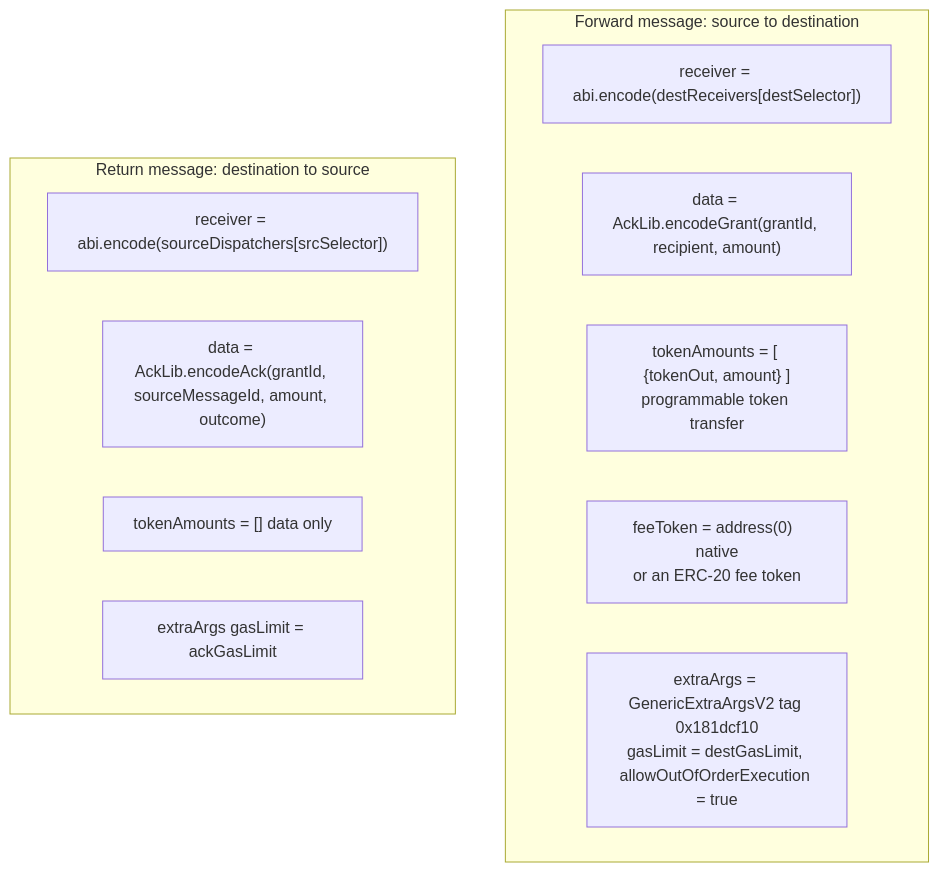
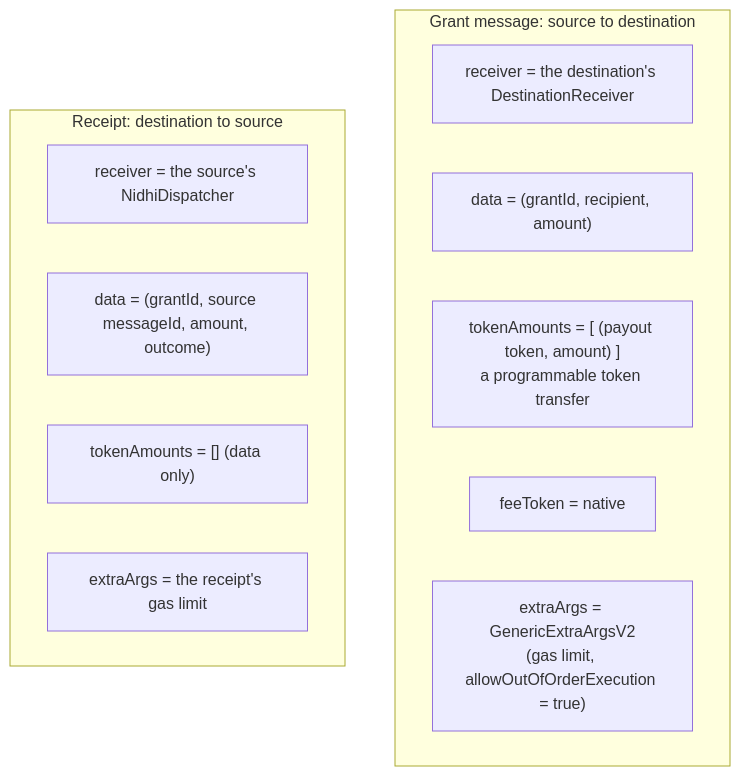
Before and after one commit to neevmodh/nidhi: the third of 10 diagrams in docs/architecture/03-chainlink-ccip.md, drawn with Mermaid. The commit also changed other lines of this file and 5 other files, not shown here.

````diff
--- a/docs/architecture/03-chainlink-ccip.md
+++ b/docs/architecture/03-chainlink-ccip.md
@@ -80,16 +87,16 @@
 ```mermaid
 flowchart TB
-  subgraph FWD["Forward message: source to destination"]
-    F1["receiver = abi.encode(destReceivers[destSelector])"]
-    F2["data = AckLib.encodeGrant(grantId, recipient, amount)"]
-    F3["tokenAmounts = [ {tokenOut, amount} ]\nprogrammable token transfer"]
-    F4["feeToken = address(0)  native\nor an ERC-20 fee token"]
-    F5["extraArgs = GenericExtraArgsV2 tag 0x181dcf10\ngasLimit = destGasLimit, allowOutOfOrderExecution = true"]
+  subgraph FWD["Grant message: source to destination"]
+    F1["receiver = the destination's DestinationReceiver"]
+    F2["data = (grantId, recipient, amount)"]
+    F3["tokenAmounts = [ (payout token, amount) ]<br/>a programmable token transfer"]
+    F4["feeToken = native"]
+    F5["extraArgs = GenericExtraArgsV2<br/>(gas limit, allowOutOfOrderExecution = true)"]
   end
-  subgraph ACKM["Return message: destination to source"]
-    A1["receiver = abi.encode(sourceDispatchers[srcSelector])"]
-    A2["data = AckLib.encodeAck(grantId, sourceMessageId, amount, outcome)"]
-    A3["tokenAmounts = []  data only"]
-    A4["extraArgs gasLimit = ackGasLimit"]
+  subgraph ACK["Receipt: destination to source"]
+    A1["receiver = the source's NidhiDispatcher"]
+    A2["data = (grantId, source messageId, amount, outcome)"]
+    A3["tokenAmounts = [] (data only)"]
+    A4["extraArgs = the receipt's gas limit"]
   end
 ```
````
